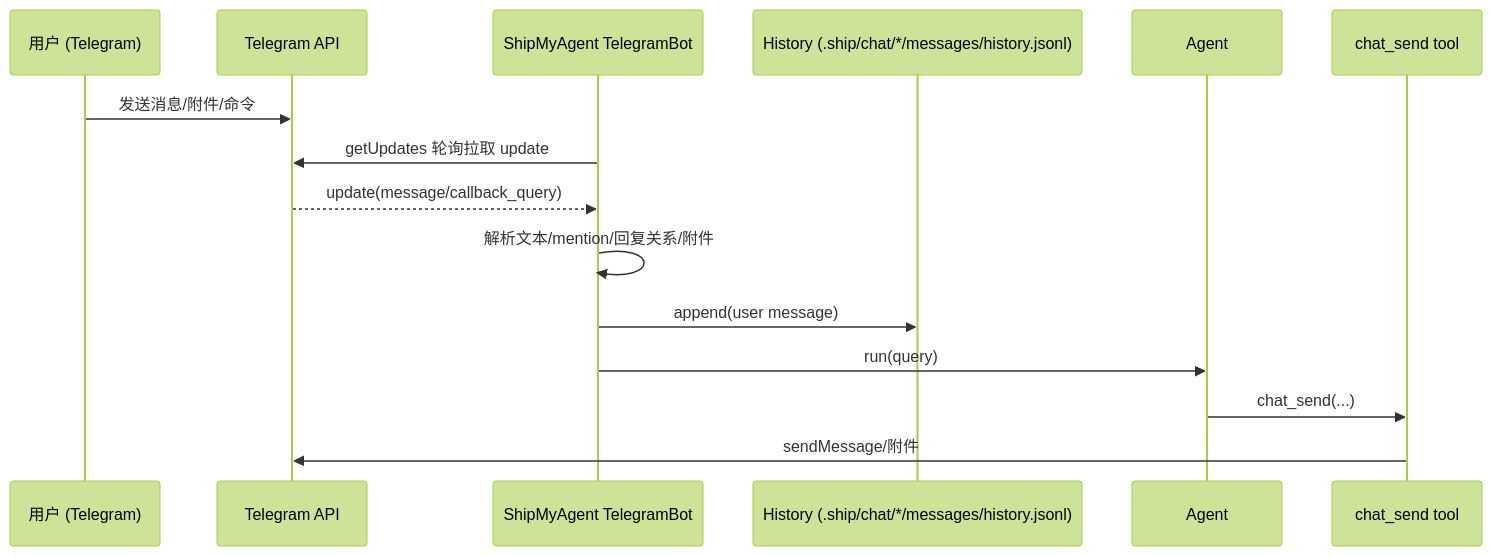
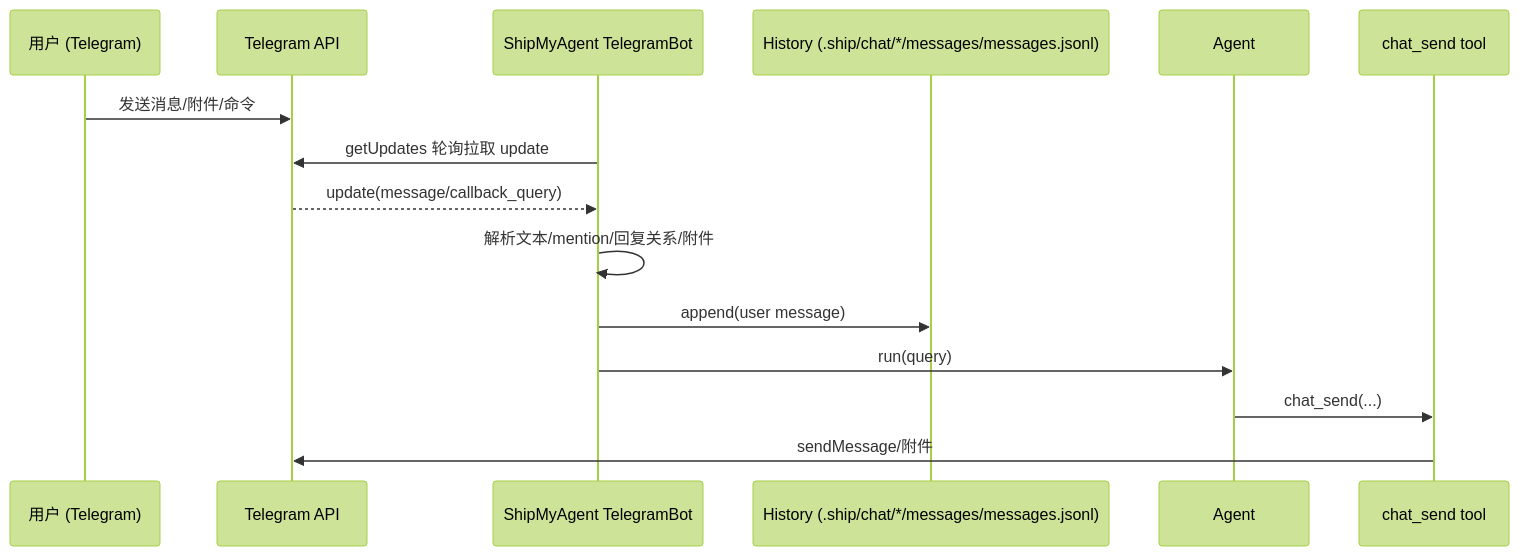
One commit to wangenius/shipmyagent changed the diagram in homepage/content/docs/zh/integrations/telegram-message-flow.mdx. Above: the diagram before and after it, drawn with Mermaid (forest theme). The commit also changed other lines of this file and 41 other files, not shown here.

````diff
--- a/homepage/content/docs/zh/integrations/telegram-message-flow.mdx
+++ b/homepage/content/docs/zh/integrations/telegram-message-flow.mdx
@@ -16,19 +16,19 @@
 ```mermaid
 sequenceDiagram
   participant U as 用户 (Telegram)
   participant TG as Telegram API
   participant BOT as ShipMyAgent TelegramBot
-  participant CS as History (.ship/chat/*/messages/history.jsonl)
+  participant CS as History (.ship/chat/*/messages/messages.jsonl)
   participant RT as Agent
   participant T as chat_send tool
 
   U->>TG: 发送消息/附件/命令
   BOT->>TG: getUpdates 轮询拉取 update
   TG-->>BOT: update(message/callback_query)
 
   BOT->>BOT: 解析文本/mention/回复关系/附件
   BOT->>CS: append(user message)
   BOT->>RT: run(query)
   RT->>T: chat_send(...)
   T->>TG: sendMessage/附件
 ```
````
